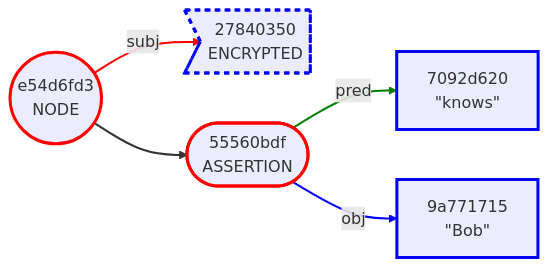
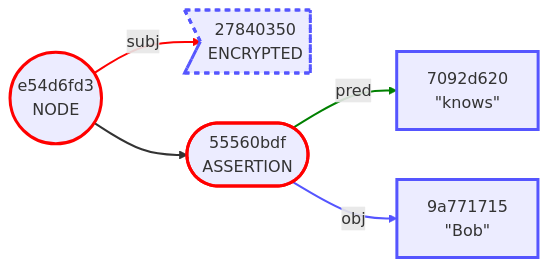
The third of 12 diagrams in Docs/04-MERMAID-OUTPUT.md (BlockchainCommons/BCSwiftSecureComponents), drawn with Mermaid before and after one commit. The commit also changed other lines of this file and 1 other file, not shown here.

Commit message:
Refined blue for Mermaid output.

````diff
--- a/Docs/04-MERMAID-OUTPUT.md
+++ b/Docs/04-MERMAID-OUTPUT.md
@@ -92,21 +92,21 @@
 ```mermaid
 graph LR
     1(("e54d6fd3<br/>NODE"))
     2>"27840350<br/>ENCRYPTED"]
     3(["55560bdf<br/>ASSERTION"])
     4["7092d620<br/>#quot;knows#quot;"]
     5["9a771715<br/>#quot;Bob#quot;"]
     1 -->|subj| 2
     1 --> 3
     3 -->|pred| 4
     3 -->|obj| 5
     style 1 stroke:red,stroke-width:3.0px
-    style 2 stroke:blue,stroke-width:3.0px,stroke-dasharray:5.0 5.0
+    style 2 stroke:#55f,stroke-width:3.0px,stroke-dasharray:5.0 5.0
     style 3 stroke:red,stroke-width:3.0px
-    style 4 stroke:blue,stroke-width:3.0px
-    style 5 stroke:blue,stroke-width:3.0px
+    style 4 stroke:#55f,stroke-width:3.0px
+    style 5 stroke:#55f,stroke-width:3.0px
     linkStyle 0 stroke:red,stroke-width:2.0px
     linkStyle 1 stroke-width:2.0px
     linkStyle 2 stroke:green,stroke-width:2.0px
-    linkStyle 3 stroke:blue,stroke-width:2.0px
+    linkStyle 3 stroke:#55f,stroke-width:2.0px
 ```
````
